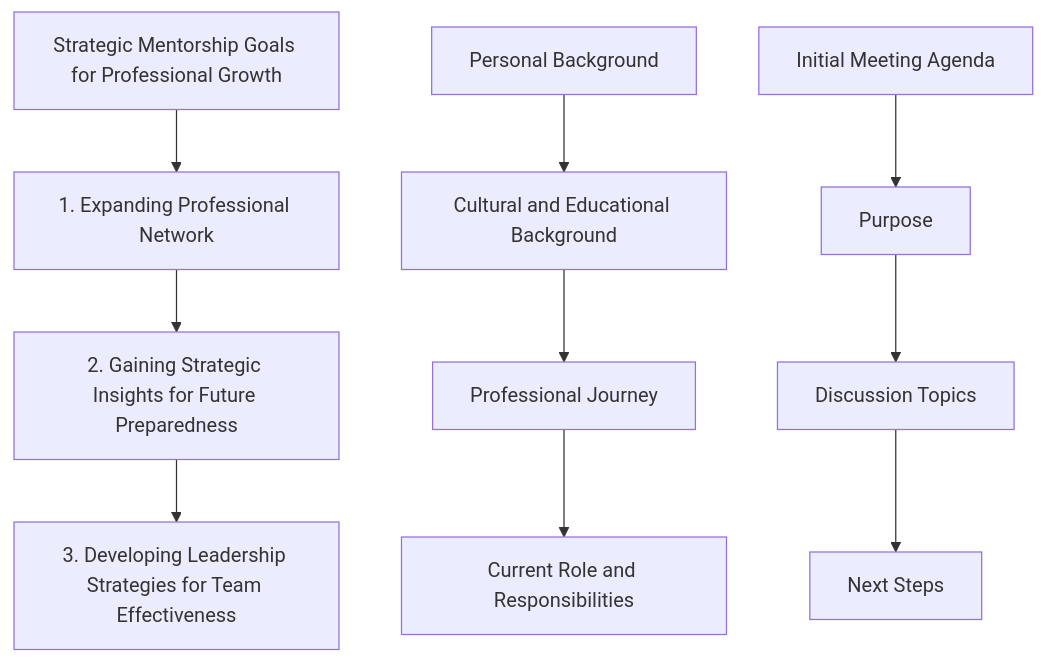
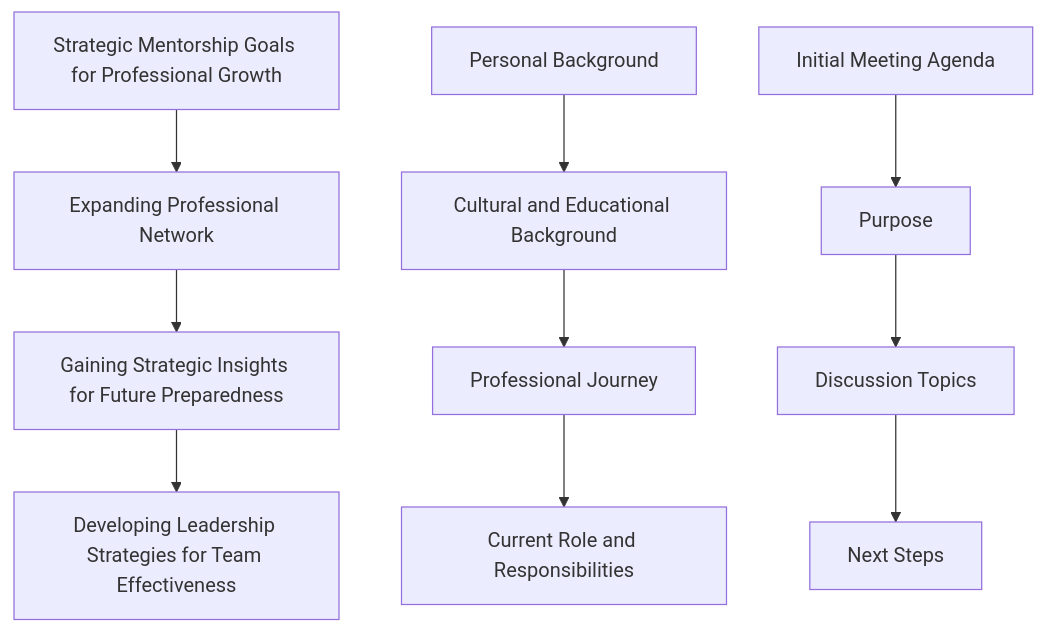
Before and after one commit to ArthurMLN/Mentorship: the diagram in README.md, drawn with Mermaid.

````diff
--- a/README.md
+++ b/README.md
@@ -3,12 +3,12 @@
 ```mermaid
 flowchart TB
     A[Strategic Mentorship Goals for Professional Growth]
     B[Personal Background]
     C[Initial Meeting Agenda]
     
-    A --> A1[1. Expanding Professional Network] --> A2[2. Gaining Strategic Insights for Future Preparedness] --> A3[3. Developing Leadership Strategies for Team Effectiveness]
+    A --> A1[Expanding Professional Network] --> A2[Gaining Strategic Insights for Future Preparedness] --> A3[Developing Leadership Strategies for Team Effectiveness]
     
     B --> B1[Cultural and Educational Background] --> B2[Professional Journey] --> B3[Current Role and Responsibilities]
     
     C --> C1[Purpose] --> C2[Discussion Topics] --> C3[Next Steps]
 ```
````
